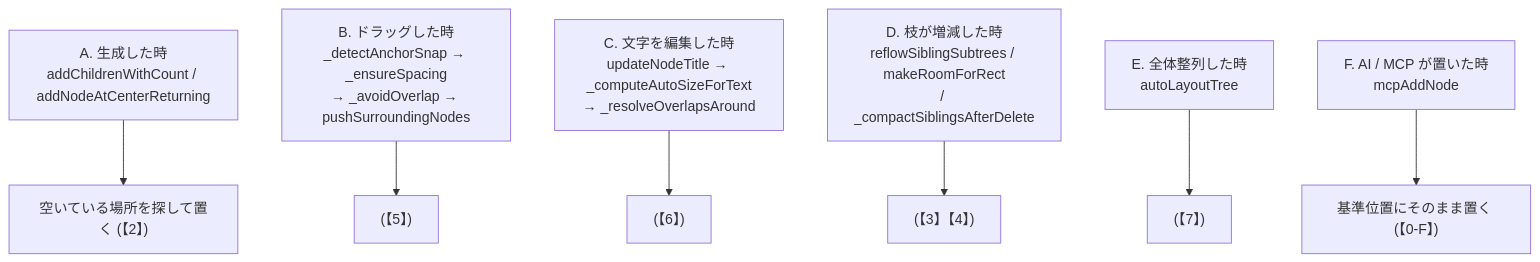
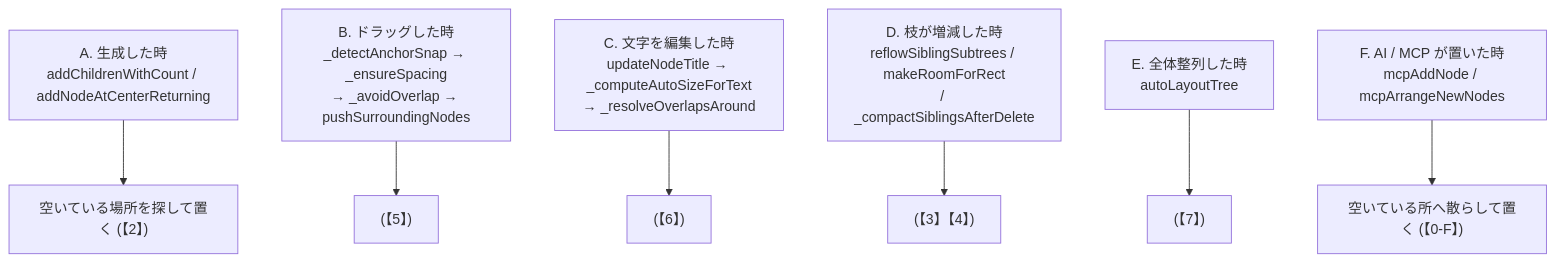
Before and after one commit to PG-Darksan/Kamispec: the first of 6 diagrams in assets/ai/docs/layout.md, drawn with Mermaid. The commit also changed other lines of this file and 17 other files, not shown here.

````diff
--- a/assets/ai/docs/layout.md
+++ b/assets/ai/docs/layout.md
@@ -25,9 +25,9 @@
 ```mermaid
 flowchart TD
     A["A. 生成した時<br/>addChildrenWithCount / addNodeAtCenterReturning"] --> A1["空いている場所を探して置く (【2】)"]
     B["B. ドラッグした時<br/>_detectAnchorSnap → _ensureSpacing<br/>→ _avoidOverlap → pushSurroundingNodes"] --> B1["(【5】)"]
     C["C. 文字を編集した時<br/>updateNodeTitle → _computeAutoSizeForText<br/>→ _resolveOverlapsAround"] --> C1["(【6】)"]
     D["D. 枝が増減した時<br/>reflowSiblingSubtrees / makeRoomForRect<br/>/ _compactSiblingsAfterDelete"] --> D1["(【3】【4】)"]
     E["E. 全体整列した時<br/>autoLayoutTree"] --> E1["(【7】)"]
-    F["F. AI / MCP が置いた時<br/>mcpAddNode"] --> F1["基準位置にそのまま置く (【0-F】)"]
+    F["F. AI / MCP が置いた時<br/>mcpAddNode / mcpArrangeNewNodes"] --> F1["空いている所へ散らして置く (【0-F】)"]
 ```
````
